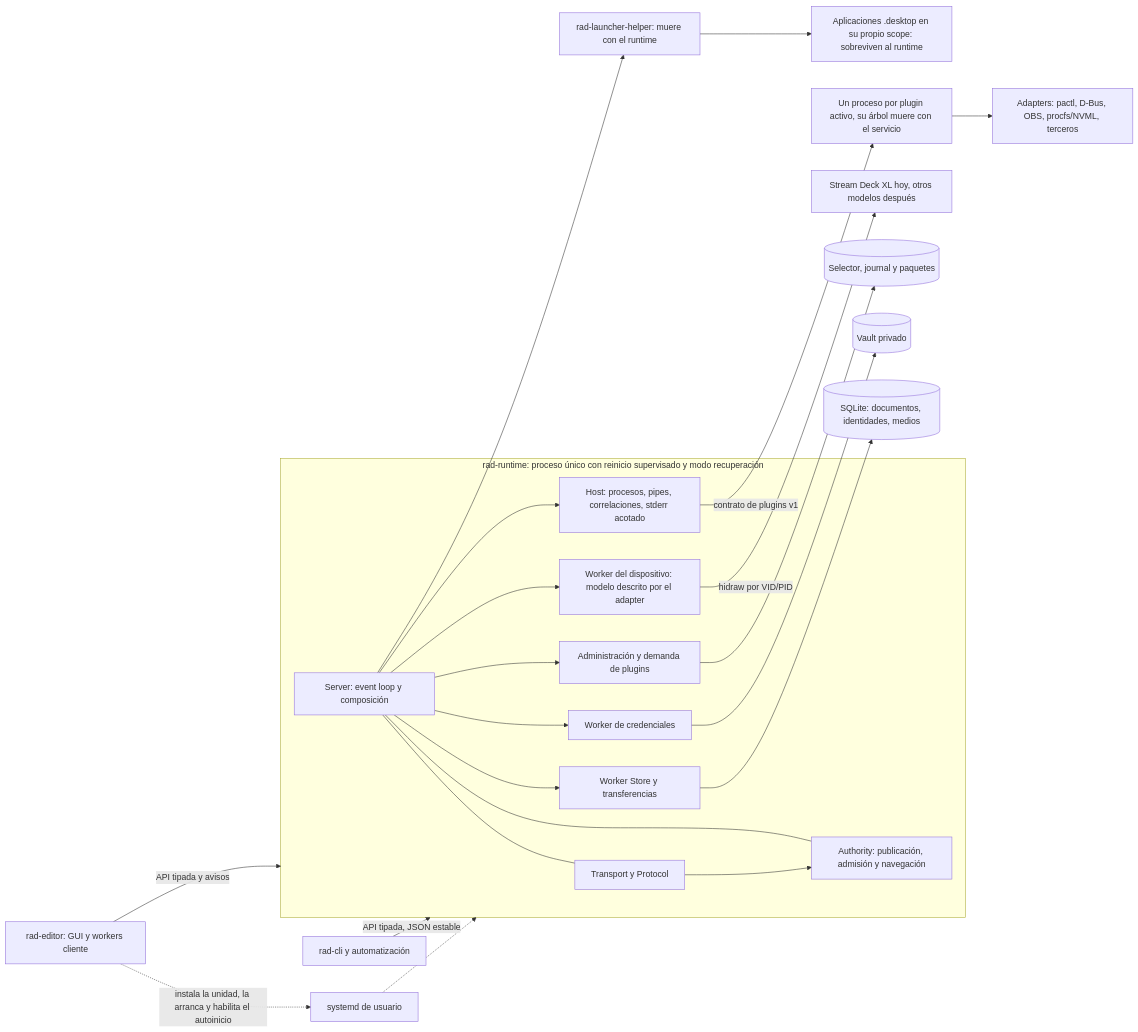
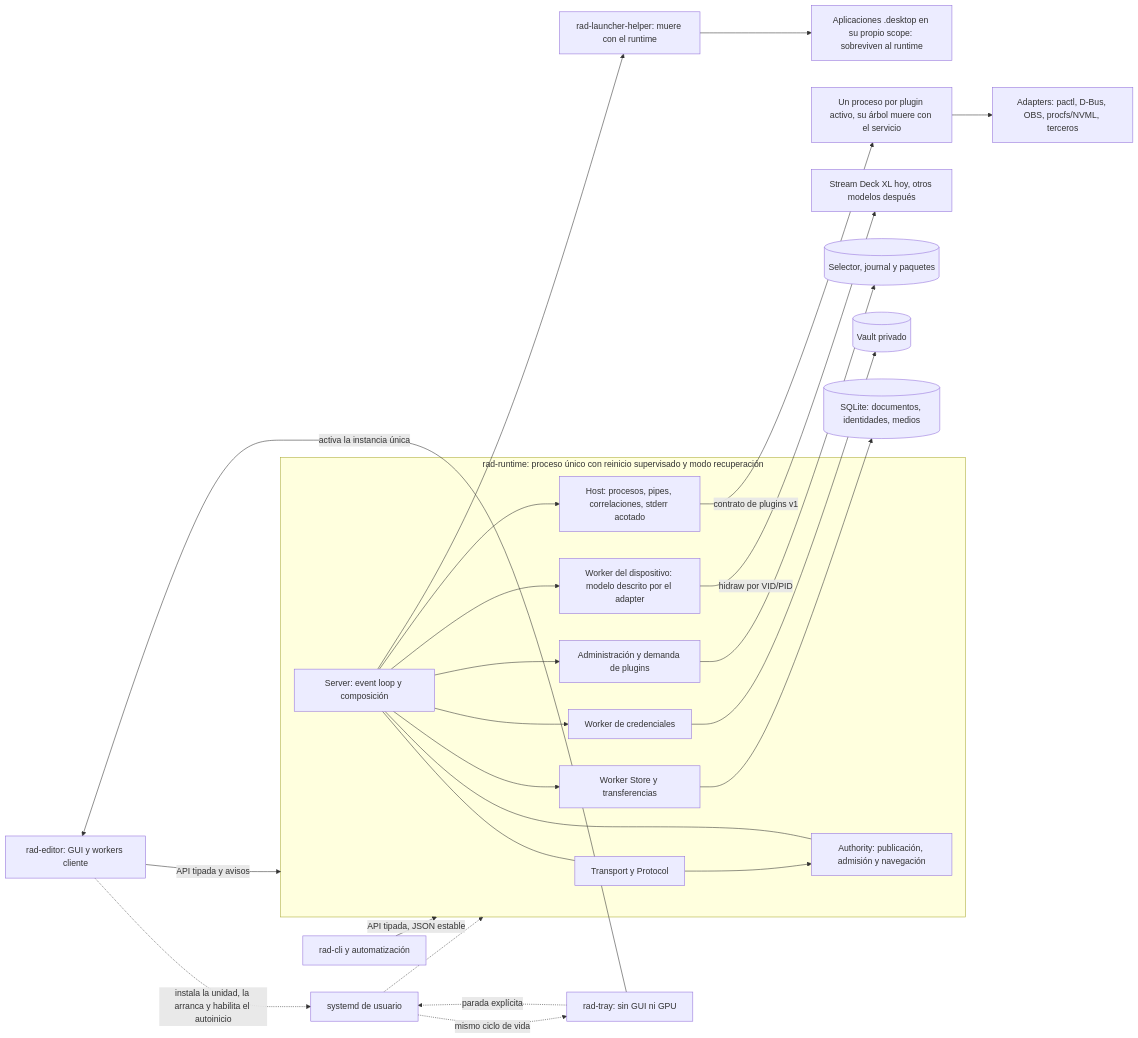
Before and after one commit to KroxiDev/RAD: the diagram in docs/architecture.md, drawn with Mermaid. The commit also changed other lines of this file and 26 other files, not shown here.

````diff
--- a/docs/architecture.md
+++ b/docs/architecture.md
@@ -15,25 +15,28 @@
 ```mermaid
 flowchart LR
   Editor[rad-editor: GUI y workers cliente] -->|API tipada y avisos| Runtime
   Editor -.->|instala la unidad, la arranca y habilita el autoinicio| Service[systemd de usuario]
   Service -.-> Runtime
+  Service -.->|mismo ciclo de vida| Tray[rad-tray: sin GUI ni GPU]
+  Tray -->|activa la instancia única| Editor
+  Tray -.->|parada explícita| Service
   CLI[rad-cli y automatización] -->|API tipada, JSON estable| Runtime
   subgraph Runtime[rad-runtime: proceso único con reinicio supervisado y modo recuperación]
     Transport[Transport y Protocol] --> Authority[Authority: publicación, admisión y navegación]
     Loop[Server: event loop y composición] --- Transport
     Loop --- Authority
     Loop --> Storage[Worker Store y transferencias]
     Loop --> Vault[Worker de credenciales]
     Loop --> Admin[Administración y demanda de plugins]
     Loop --> Deck[Worker del dispositivo: modelo descrito por el adapter]
     Loop --> Host[Host: procesos, pipes, correlaciones, stderr acotado]
   end
   Storage --> DB[(SQLite: documentos, identidades, medios)]
   Vault --> Secrets[(Vault privado)]
   Admin --> Selection[(Selector, journal y paquetes)]
   Host -->|contrato de plugins v1| Plugins[Un proceso por plugin activo, su árbol muere con el servicio]
   Plugins --> External[Adapters: pactl, D-Bus, OBS, procfs/NVML, terceros]
   Deck -->|hidraw por VID/PID| Device[Stream Deck XL hoy, otros modelos después]
   Loop --> Helper[rad-launcher-helper: muere con el runtime]
   Helper --> Apps[Aplicaciones .desktop en su propio scope: sobreviven al runtime]
 ```
````
